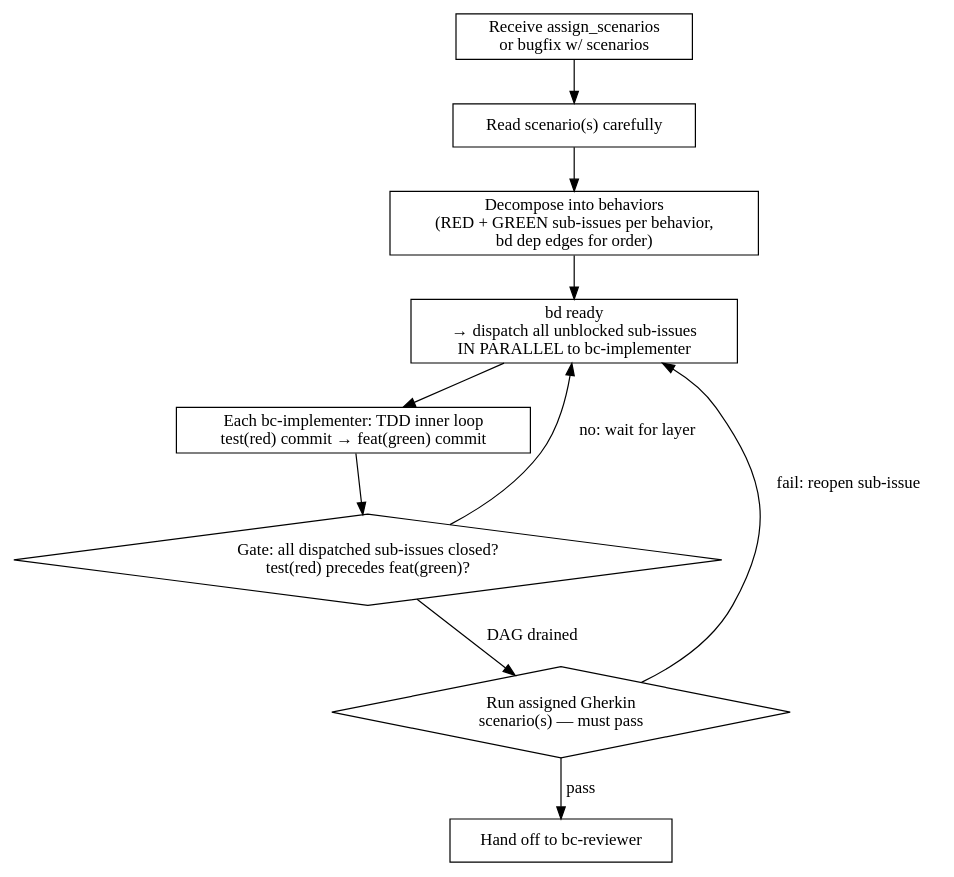
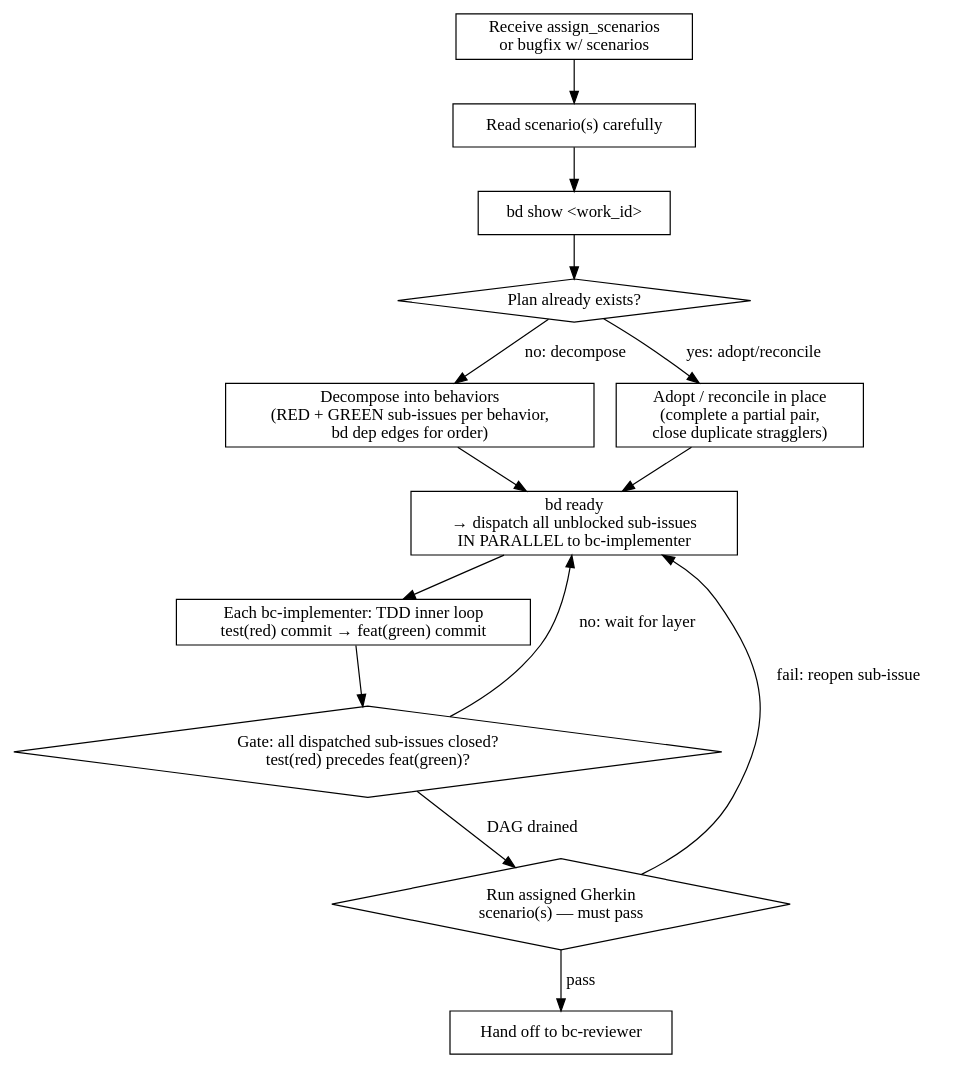
The diagram in src/shop_templates/templates/skills/writing-plans-bdd/SKILL.md (dstengle/shopsystem-templates), drawn with Graphviz before and after one commit. The commit also changed other lines of this file and 1 other file, not shown here.

````diff
--- a/src/shop_templates/templates/skills/writing-plans-bdd/SKILL.md
+++ b/src/shop_templates/templates/skills/writing-plans-bdd/SKILL.md
@@ -109,19 +138,27 @@
 ```dot
 digraph bdd_plan {
     rankdir=TB;
     assign  [label="Receive assign_scenarios\nor bugfix w/ scenarios", shape=box];
     read    [label="Read scenario(s) carefully", shape=box];
+    show    [label="bd show <work_id>", shape=box];
+    exists  [label="Plan already exists?", shape=diamond];
     decomp  [label="Decompose into behaviors\n(RED + GREEN sub-issues per behavior,\nbd dep edges for order)", shape=box];
+    recon   [label="Adopt / reconcile in place\n(complete a partial pair,\nclose duplicate stragglers)", shape=box];
     ready   [label="bd ready\n→ dispatch all unblocked sub-issues\nIN PARALLEL to bc-implementer", shape=box];
     loop    [label="Each bc-implementer: TDD inner loop\ntest(red) commit → feat(green) commit", shape=box];
     gate    [label="Gate: all dispatched sub-issues closed?\ntest(red) precedes feat(green)?", shape=diamond];
     outer   [label="Run assigned Gherkin\nscenario(s) — must pass", shape=diamond];
     review  [label="Hand off to bc-reviewer", shape=box];
 
-    assign -> read -> decomp -> ready -> loop -> gate;
+    assign -> read -> show -> exists;
+    exists -> decomp [label="no: decompose"];
+    exists -> recon  [label="yes: adopt/reconcile"];
+    decomp -> ready;
+    recon  -> ready;
+    ready  -> loop -> gate;
     gate   -> ready  [label="no: wait for layer"];
     gate   -> outer  [label="DAG drained"];
     outer  -> review [label="pass"];
     outer  -> ready  [label="fail: reopen sub-issue"];
 }
 ```
````
